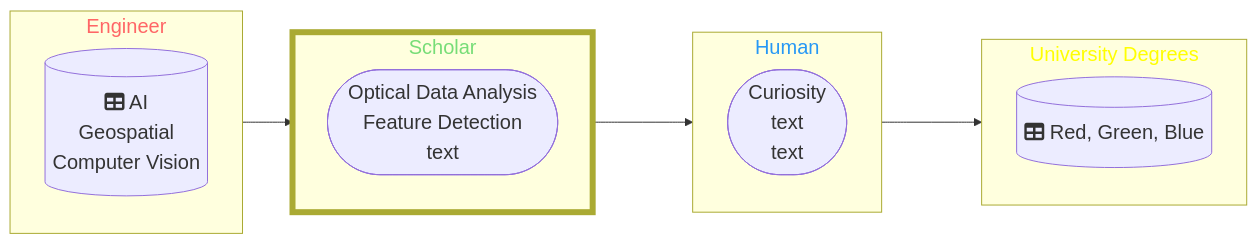
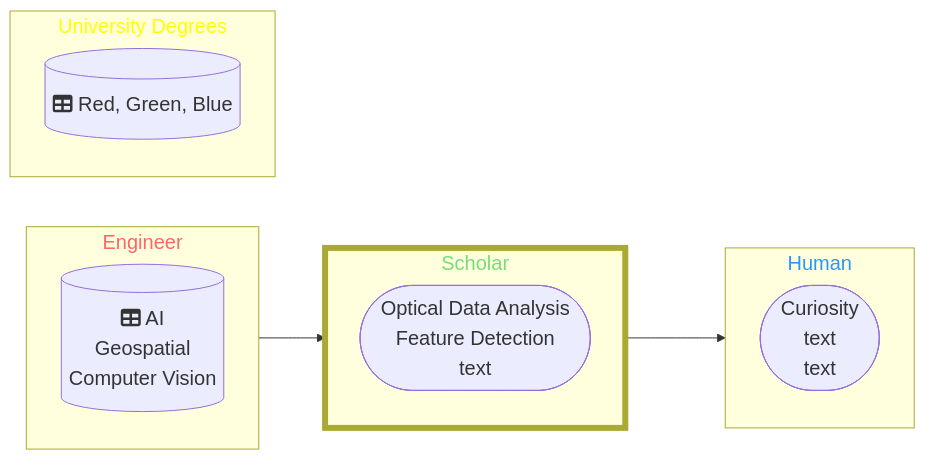
One commit to DippoldEJ/DippoldEJ changed the diagram in README.md. Above: the diagram before and after it, drawn with Mermaid.

````diff
--- a/README.md
+++ b/README.md
@@ -3,36 +3,36 @@
 ```mermaid
 flowchart LR;
 %%{init: {
 	'themeVariables': { 'fontSize': '20px', 'fontFamily': 'Didot'}
 	}
 }%%
 
 subgraph n[Engineer]
         b[(fa:fa-table AI <br> Geospatial <br> Computer Vision)]
     end
 
 subgraph o[Scholar]
         j([Optical Data Analysis <br> Feature Detection <br> text])
 
     end
 
  subgraph p[Human]
     a([Curiosity <br /> text  <br />  text])
     end
 
  subgraph h[University Degrees]
 direction TD;
         r[(fa:fa-table Red, Green, Blue)]
     end
 
 style n color:#f66
 style o stroke-width:6px
 style o color:#77DD77
 style p color:#2798F5
 style h color:#FFFF00
 
 n-->o
 o-->p
-o-->h
+
 
 ```
````
